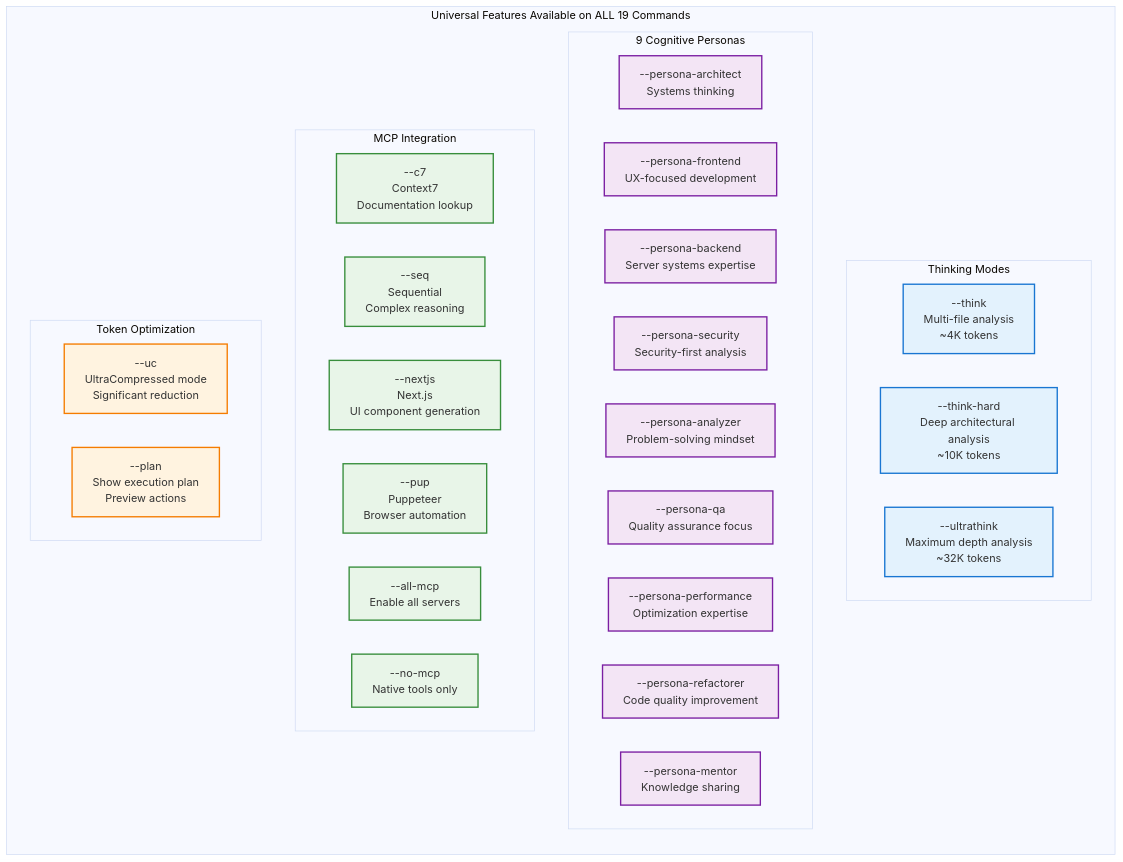
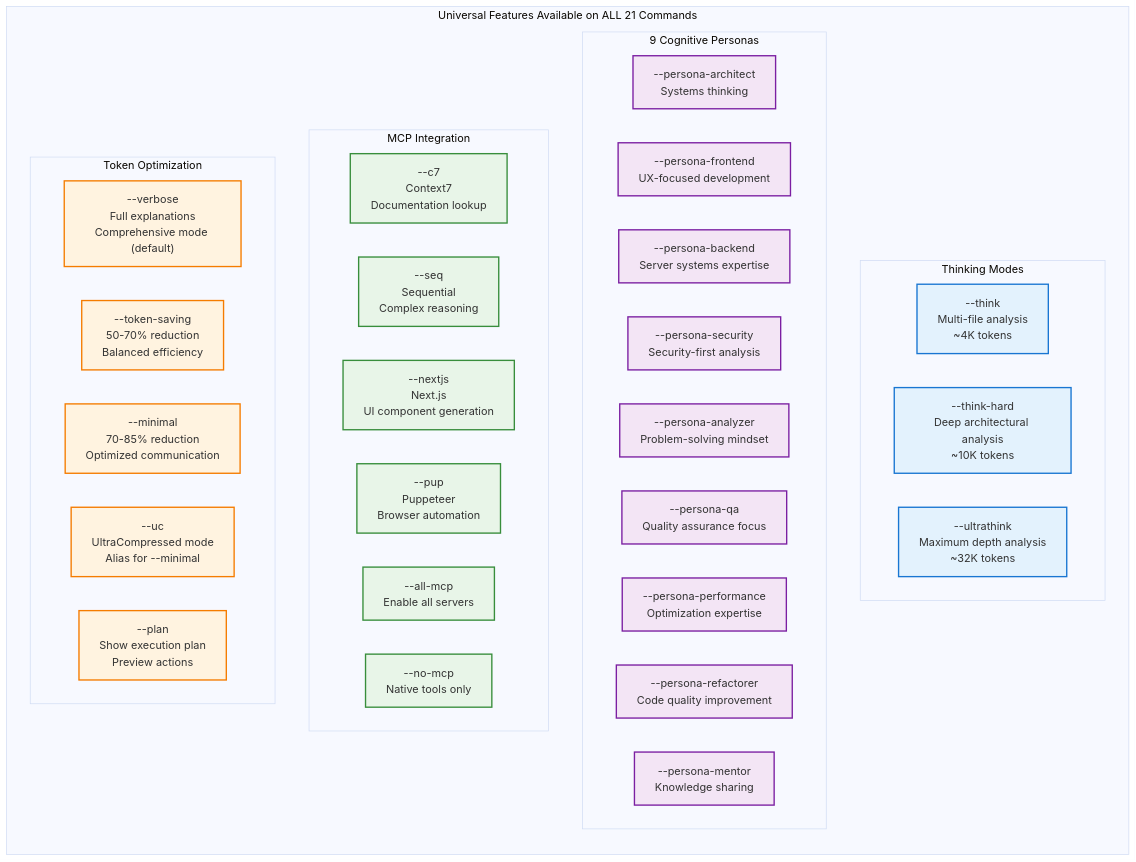
One commit to MikeQin/context-engineering changed the second of 3 diagrams in toolkit/TUTORIAL.md. Above: the diagram before and after it, drawn with Mermaid (base theme). The commit also changed other lines of this file and 11 other files, not shown here.

````diff
--- a/toolkit/TUTORIAL.md
+++ b/toolkit/TUTORIAL.md
@@ -124,48 +134,51 @@
 ```mermaid
 graph LR
-    subgraph "Universal Features Available on ALL 19 Commands"
+    subgraph "Universal Features Available on ALL 21 Commands"
         direction TB
         
         subgraph "Thinking Modes"
             T1["--think<br/>Multi-file analysis<br/>~4K tokens"]
             T2["--think-hard<br/>Deep architectural analysis<br/>~10K tokens"]
             T3["--ultrathink<br/>Maximum depth analysis<br/>~32K tokens"]
         end
         
         subgraph "9 Cognitive Personas"
             P1["--persona-architect<br/>Systems thinking"]
             P2["--persona-frontend<br/>UX-focused development"]
             P3["--persona-backend<br/>Server systems expertise"]
             P4["--persona-security<br/>Security-first analysis"]
             P5["--persona-analyzer<br/>Problem-solving mindset"]
             P6["--persona-qa<br/>Quality assurance focus"]
             P7["--persona-performance<br/>Optimization expertise"]
             P8["--persona-refactorer<br/>Code quality improvement"]
             P9["--persona-mentor<br/>Knowledge sharing"]
         end
         
         subgraph "MCP Integration"
             M1["--c7<br/>Context7<br/>Documentation lookup"]
             M2["--seq<br/>Sequential<br/>Complex reasoning"]
             M3["--nextjs<br/>Next.js<br/>UI component generation"]
             M4["--pup<br/>Puppeteer<br/>Browser automation"]
             M5["--all-mcp<br/>Enable all servers"]
             M6["--no-mcp<br/>Native tools only"]
         end
         
         subgraph "Token Optimization"
-            O1["--uc<br/>UltraCompressed mode<br/>Significant reduction"]
-            O2["--plan<br/>Show execution plan<br/>Preview actions"]
+            O1["--verbose<br/>Full explanations<br/>Comprehensive mode (default)"]
+            O2["--token-saving<br/>50-70% reduction<br/>Balanced efficiency"]
+            O3["--minimal<br/>70-85% reduction<br/>Optimized communication"]
+            O4["--uc<br/>UltraCompressed mode<br/>Alias for --minimal"]
+            O5["--plan<br/>Show execution plan<br/>Preview actions"]
         end
     end
     
     classDef thinkingBox fill:#e3f2fd,stroke:#1976d2,stroke-width:2px
     classDef personaBox fill:#f3e5f5,stroke:#7b1fa2,stroke-width:2px
     classDef mcpBox fill:#e8f5e8,stroke:#388e3c,stroke-width:2px
     classDef optimizeBox fill:#fff3e0,stroke:#f57c00,stroke-width:2px
     
     class T1,T2,T3 thinkingBox
     class P1,P2,P3,P4,P5,P6,P7,P8,P9 personaBox
     class M1,M2,M3,M4,M5,M6 mcpBox
-    class O1,O2 optimizeBox
+    class O1,O2,O3,O4,O5 optimizeBox
 ```
````
